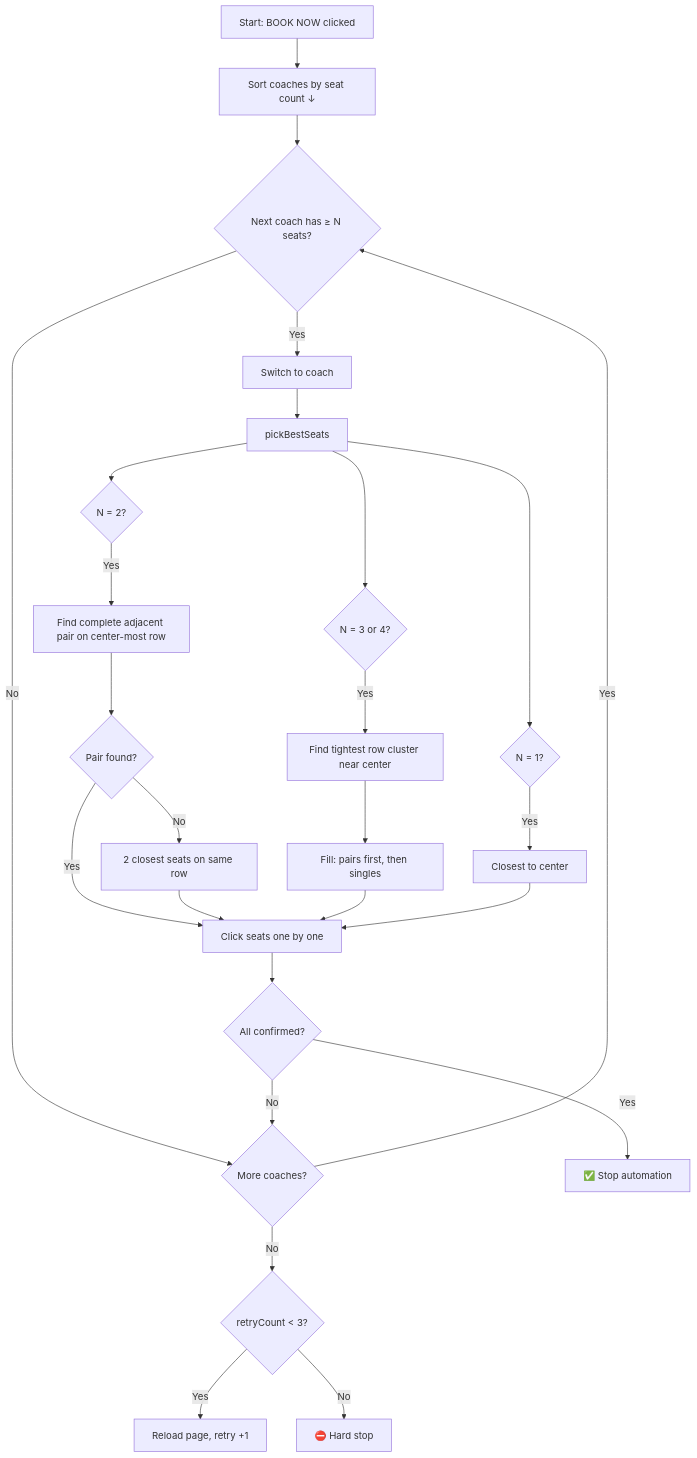
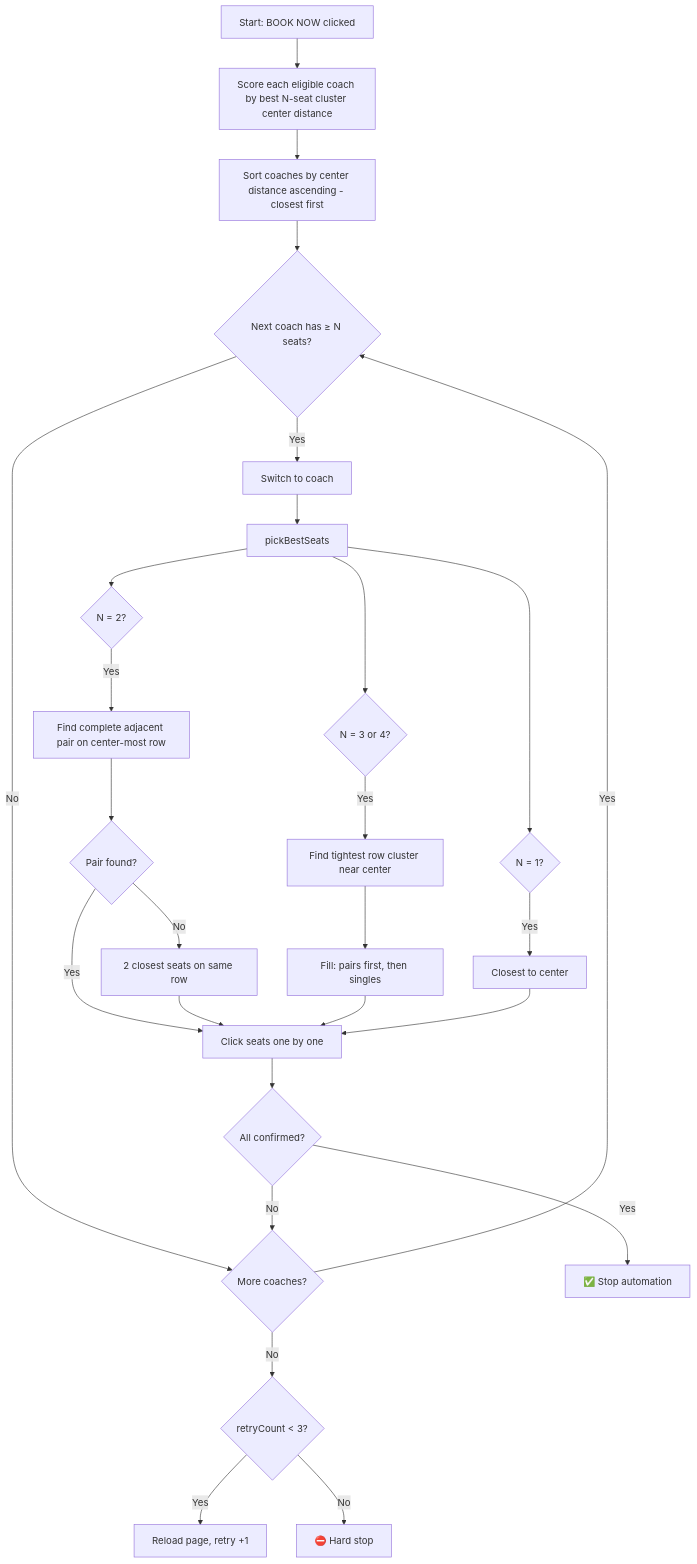
Before and after one commit to muktadirmaashif/e-ticket-booking-agent: the diagram in booking_logic.md, drawn with Mermaid. The commit also changed other lines of this file and 2 other files, not shown here.

First line of the commit message:
Implement center-based coach selection and class-aware seat picking logic

````diff
--- a/booking_logic.md
+++ b/booking_logic.md
@@ -309,33 +318,34 @@
 ```mermaid
 flowchart TD
-    A[Start: BOOK NOW clicked] --> B[Sort coaches by seat count ↓]
+    A[Start: BOOK NOW clicked] --> B0[Score each eligible coach by best N-seat cluster center distance]
+    B0 --> B[Sort coaches by center distance ascending - closest first]
     B --> C{Next coach has ≥ N seats?}
     C -->|No| D{More coaches?}
     D -->|Yes| C
     D -->|No| R{retryCount < 3?}
     R -->|Yes| RELOAD[Reload page, retry +1]
     R -->|No| STOP1[⛔ Hard stop]
 
     C -->|Yes| E[Switch to coach]
     E --> F[pickBestSeats]
 
     F --> G1{N = 1?}
     G1 -->|Yes| H1[Closest to center]
 
     F --> G2{N = 2?}
     G2 -->|Yes| H2[Find complete adjacent pair on center-most row]
     H2 --> H2F{Pair found?}
     H2F -->|Yes| CLICK
     H2F -->|No| H2B[2 closest seats on same row]
     H2B --> CLICK
 
     F --> G3{N = 3 or 4?}
     G3 -->|Yes| H3[Find tightest row cluster near center]
     H3 --> H3F[Fill: pairs first, then singles]
     H3F --> CLICK
 
     H1 --> CLICK[Click seats one by one]
     CLICK --> V{All confirmed?}
     V -->|Yes| SUCCESS[✅ Stop automation]
     V -->|No| D
 ```
````
